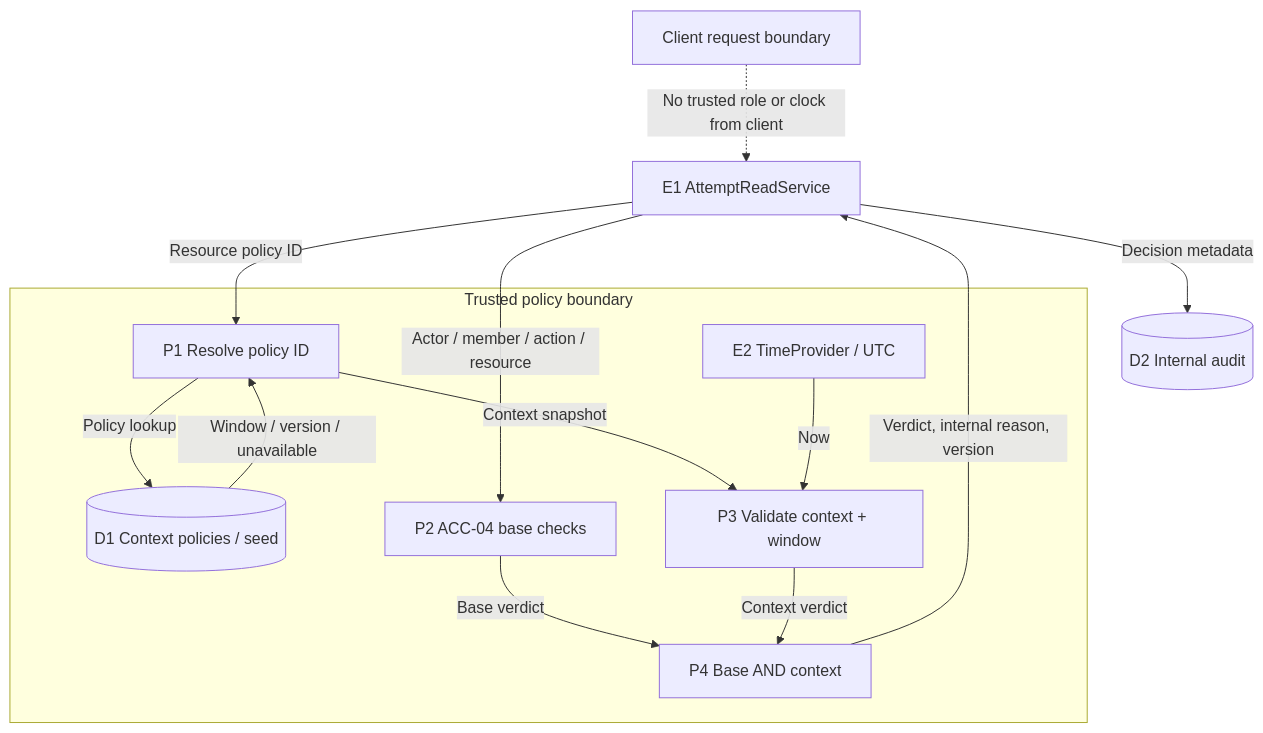
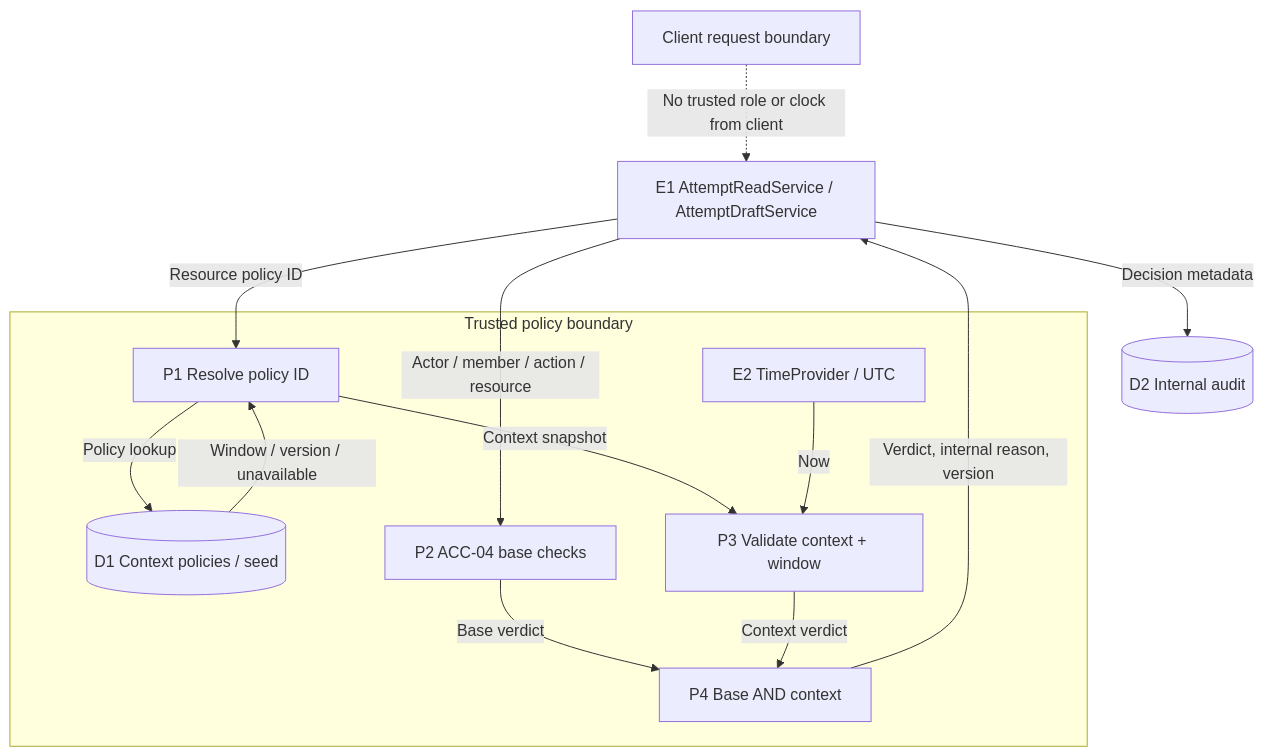
One commit to owlCoder/scutum changed the second of 2 diagrams in docs/components/access/ACC-08.md. Above: the diagram before and after it, drawn with Mermaid. The commit also changed other lines of this file and 39 other files, not shown here.

````diff
--- a/docs/components/access/ACC-08.md
+++ b/docs/components/access/ACC-08.md
@@ -45,24 +45,24 @@
 ```mermaid
 flowchart TB
-  E1["E1 AttemptReadService"]
+  E1["E1 AttemptReadService / AttemptDraftService"]
   subgraph Policy["Trusted policy boundary"]
     P1["P1 Resolve policy ID"]
     D1[("D1 Context policies / seed")]
     P2["P2 ACC-04 base checks"]
     P3["P3 Validate context + window"]
     CLK["E2 TimeProvider / UTC"]
     P4["P4 Base AND context"]
     P1 -->|"Policy lookup"| D1
     D1 -->|"Window / version / unavailable"| P1
     P1 -->|"Context snapshot"| P3
     P2 -->|"Base verdict"| P4
     CLK -->|"Now"| P3
     P3 -->|"Context verdict"| P4
   end
   E1 -->|"Resource policy ID"| P1
   E1 -->|"Actor / member / action / resource"| P2
   P4 -->|"Verdict, internal reason, version"| E1
   E1 -->|"Decision metadata"| D2[("D2 Internal audit")]
   CLIENT["Client request boundary"]
   CLIENT -.->|"No trusted role or clock from client"| E1
 ```
````
